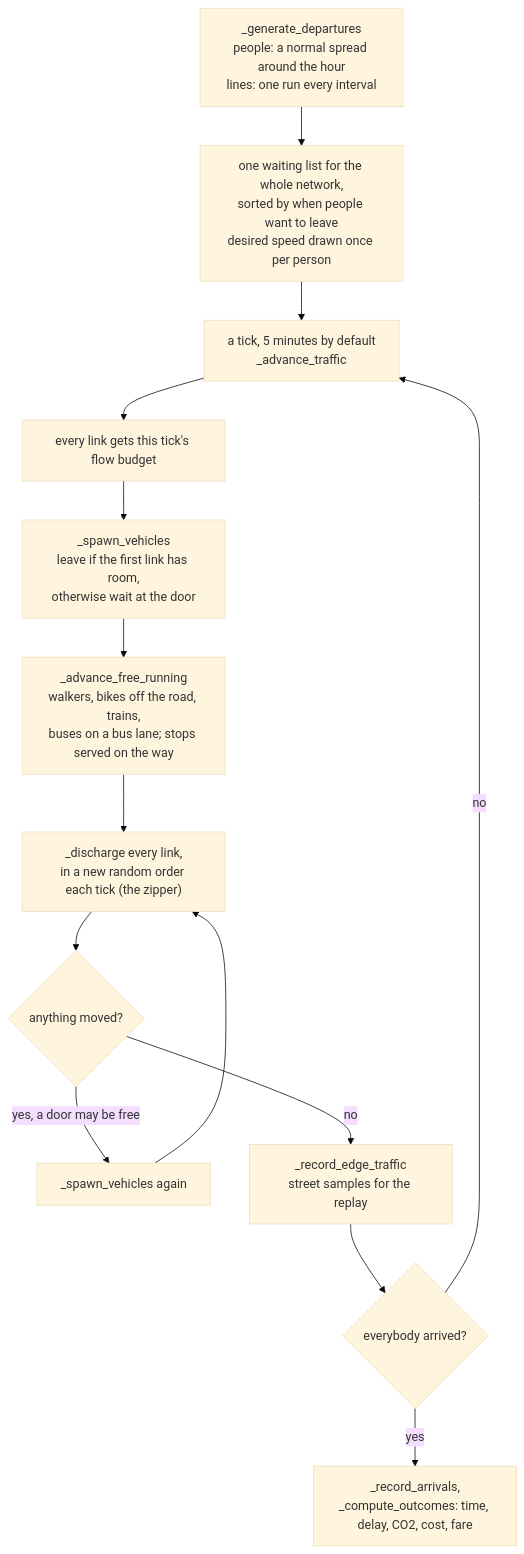
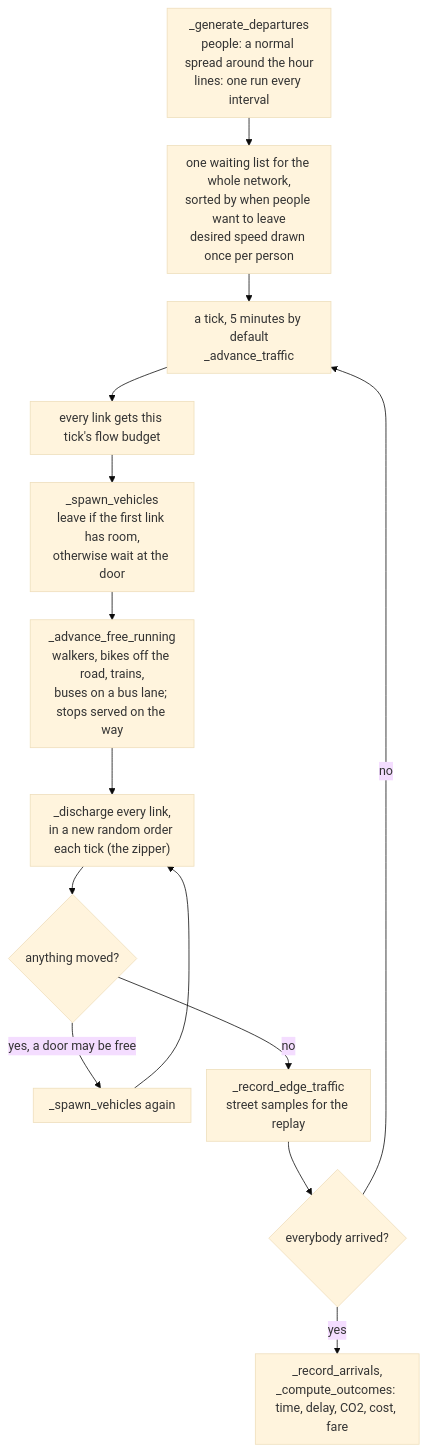
Before and after one commit to luke-hirsch/co2mmute: the eighth of 12 diagrams in docs/en-flowcharts.md, drawn with Mermaid (base theme). The commit also changed other lines of this file and 6 other files, not shown here.

Commit message:
ablaufdiagramme: 1, 4, 6, 8 und 10 schmaler gezeichnet (umbruchbreite, eine spalte, kürzere kantentexte), de und en gleich

````diff
--- a/docs/en-flowcharts.md
+++ b/docs/en-flowcharts.md
@@ -295,16 +303,17 @@
 ```mermaid
+%%{init: {"flowchart": {"wrappingWidth": 170, "nodeSpacing": 20, "rankSpacing": 36, "padding": 10}}}%%
 flowchart TD
     dep["_generate_departures<br>people: a normal spread around the hour<br>lines: one run every interval"] --> waitlist["one waiting list for the whole network,<br>sorted by when people want to leave<br>desired speed drawn once per person"]
     waitlist --> tick["a tick, 5 minutes by default<br>_advance_traffic"]
     tick --> budget["every link gets this tick's flow budget"]
     budget --> spawn["_spawn_vehicles<br>leave if the first link has room,<br>otherwise wait at the door"]
     spawn --> free["_advance_free_running<br>walkers, bikes off the road, trains,<br>buses on a bus lane; stops served on the way"]
     free --> discharge["_discharge every link,<br>in a new random order each tick (the zipper)"]
     discharge --> moved{"anything moved?"}
     moved -->|"yes, a door may be free"| spawn2["_spawn_vehicles again"]
     spawn2 --> discharge
     moved -->|"no"| sample["_record_edge_traffic<br>street samples for the replay"]
     sample --> done{"everybody arrived?"}
     done -->|"no"| tick
     done -->|"yes"| outcomes["_record_arrivals,<br>_compute_outcomes: time, delay, CO2, cost, fare"]
 ```
````
